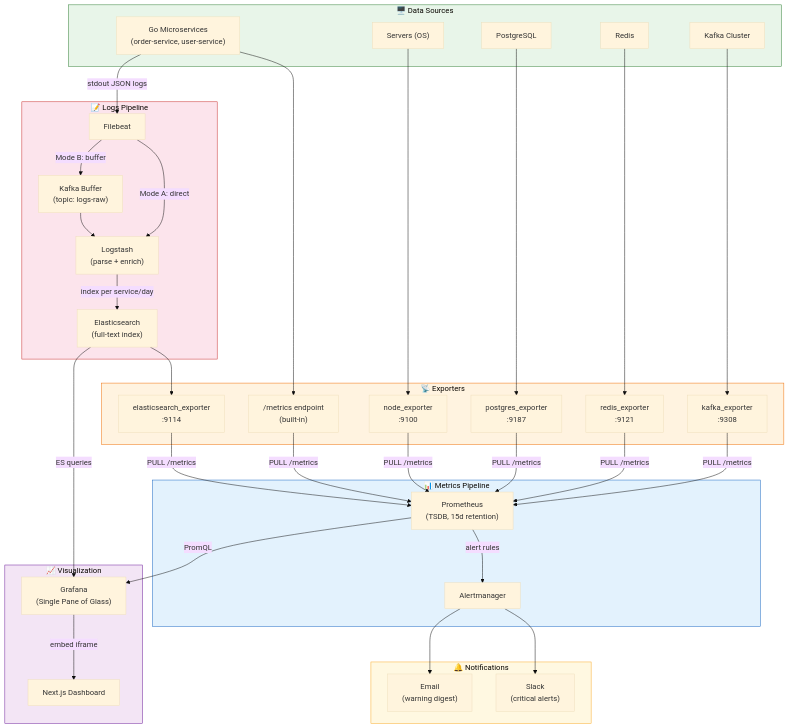
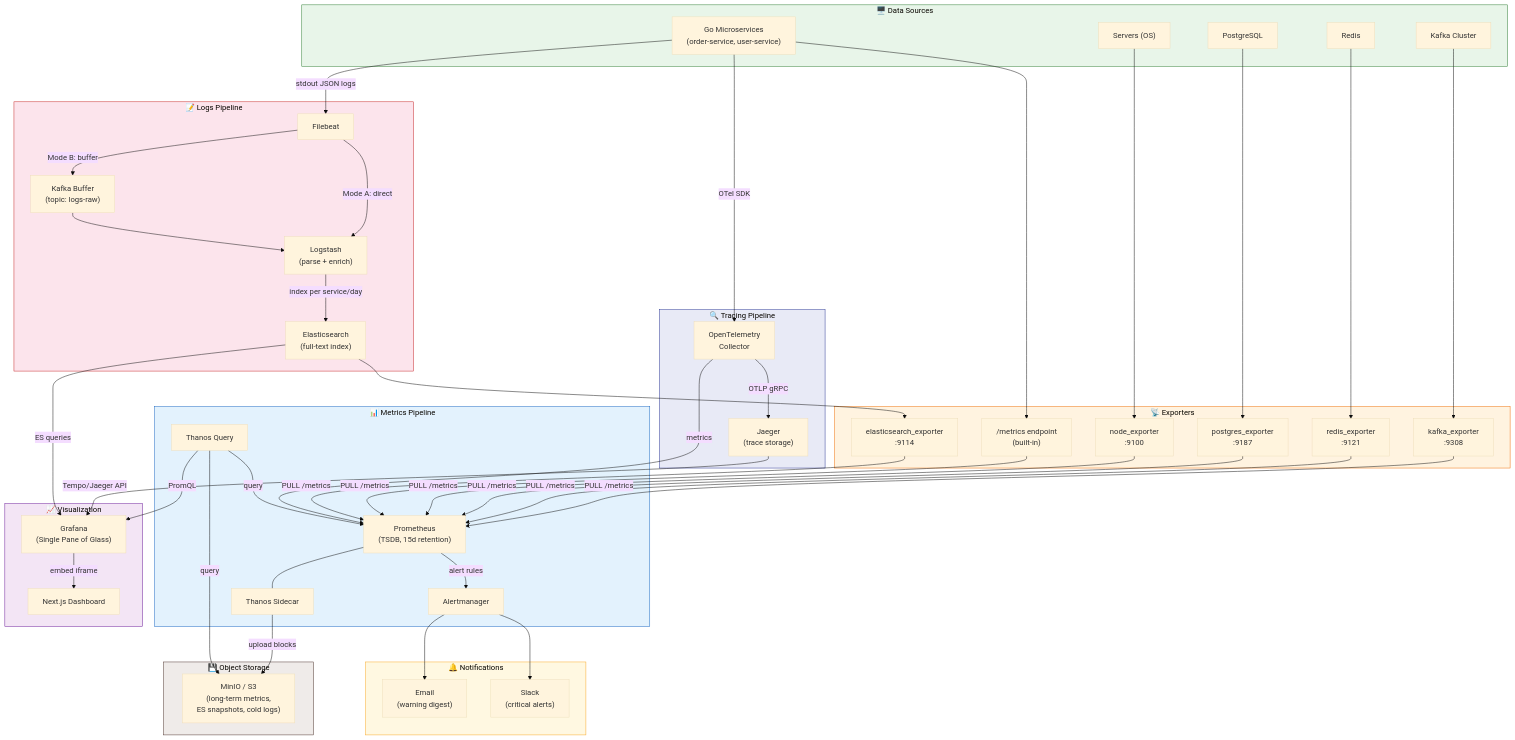
One commit to namdam97/logmon changed the first of 13 diagrams in doc/logmon.md. Above: the diagram before and after it, drawn with Mermaid (base theme). The commit also changed other lines of this file and 3 other files, not shown here.

````diff
--- a/doc/logmon.md
+++ b/doc/logmon.md
@@ -59,7 +65,14 @@
 
     subgraph MetricsPipeline["📊 Metrics Pipeline"]
         PROM["Prometheus<br/>(TSDB, 15d retention)"]
+        THANOS_S["Thanos Sidecar"]
+        THANOS_Q["Thanos Query"]
         AM["Alertmanager"]
+    end
+
+    subgraph TracingPipeline["🔍 Tracing Pipeline"]
+        OTEL["OpenTelemetry<br/>Collector"]
+        JAEGER["Jaeger<br/>(trace storage)"]
     end
 
     subgraph LogsPipeline["📝 Logs Pipeline"]
@@ -67,6 +80,10 @@
         KAFKA_BUF["Kafka Buffer<br/>(topic: logs-raw)"]
         LS["Logstash<br/>(parse + enrich)"]
         ES["Elasticsearch<br/>(full-text index)"]
+    end
+
+    subgraph Storage["💾 Object Storage"]
+        MINIO["MinIO / S3<br/>(long-term metrics,<br/>ES snapshots, cold logs)"]
     end
 
     subgraph Visualization["📈 Visualization"]
@@ -94,8 +111,16 @@
     ES_EXP -->|"PULL /metrics"| PROM
 
     PROM -->|"alert rules"| AM
+    PROM --- THANOS_S
+    THANOS_S -->|"upload blocks"| MINIO
+    THANOS_Q -->|"query"| PROM
+    THANOS_Q -->|"query"| MINIO
     AM --> SLACK
     AM --> EMAIL
+
+    APP -->|"OTel SDK"| OTEL
+    OTEL -->|"OTLP gRPC"| JAEGER
+    OTEL -->|"metrics"| PROM
 
     APP -->|"stdout JSON logs"| FB
     FB -->|"Mode A: direct"| LS
@@ -103,8 +128,9 @@
     KAFKA_BUF --> LS
     LS -->|"index per service/day"| ES
 
-    PROM -->|"PromQL"| GF
+    THANOS_Q -->|"PromQL"| GF
     ES -->|"ES queries"| GF
+    JAEGER -->|"Tempo/Jaeger API"| GF
     GF -->|"embed iframe"| FE
 
     style Sources fill:#e8f5e9,stroke:#2e7d32
@@ -112,5 +138,7 @@
     style MetricsPipeline fill:#e3f2fd,stroke:#1565c0
     style LogsPipeline fill:#fce4ec,stroke:#c62828
     style Visualization fill:#f3e5f5,stroke:#6a1b9a
+    style TracingPipeline fill:#e8eaf6,stroke:#283593
+    style Storage fill:#efebe9,stroke:#4e342e
     style Notifications fill:#fff8e1,stroke:#f9a825
 ```
````
